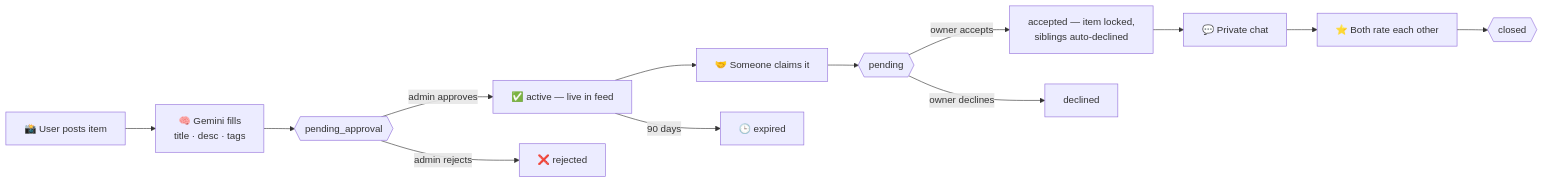
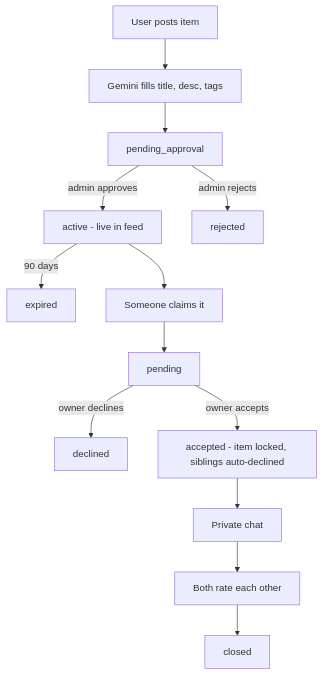
Before and after one commit to SaOnZ/foundme-app: the diagram in README.md, drawn with Mermaid.

Commit message:
Simplify mermaid diagram so GitHub renders it

````diff
--- a/README.md
+++ b/README.md
@@ -92,15 +92,15 @@
 ```mermaid
-flowchart LR
-    A["📸 User posts item"] --> B["🧠 Gemini fills<br/>title · desc · tags"]
-    B --> C{{"pending_approval"}}
-    C -->|admin approves| D["✅ active — live in feed"]
-    C -->|admin rejects| X["❌ rejected"]
-    D --> E["🤝 Someone claims it"]
-    E --> F{{"pending"}}
-    F -->|owner accepts| G["accepted — item locked,<br/>siblings auto-declined"]
-    F -->|owner declines| H["declined"]
-    G --> I["💬 Private chat"]
-    I --> J["⭐ Both rate each other"]
-    J --> K{{"closed"}}
-    D -->|90 days| L["🕒 expired"]
+flowchart TD
+    A[User posts item] --> B[Gemini fills title, desc, tags]
+    B --> C[pending_approval]
+    C -->|admin approves| D[active - live in feed]
+    C -->|admin rejects| X[rejected]
+    D -->|90 days| L[expired]
+    D --> E[Someone claims it]
+    E --> F[pending]
+    F -->|owner declines| H[declined]
+    F -->|owner accepts| G[accepted - item locked, siblings auto-declined]
+    G --> I[Private chat]
+    I --> J[Both rate each other]
+    J --> K[closed]
 ```
````
